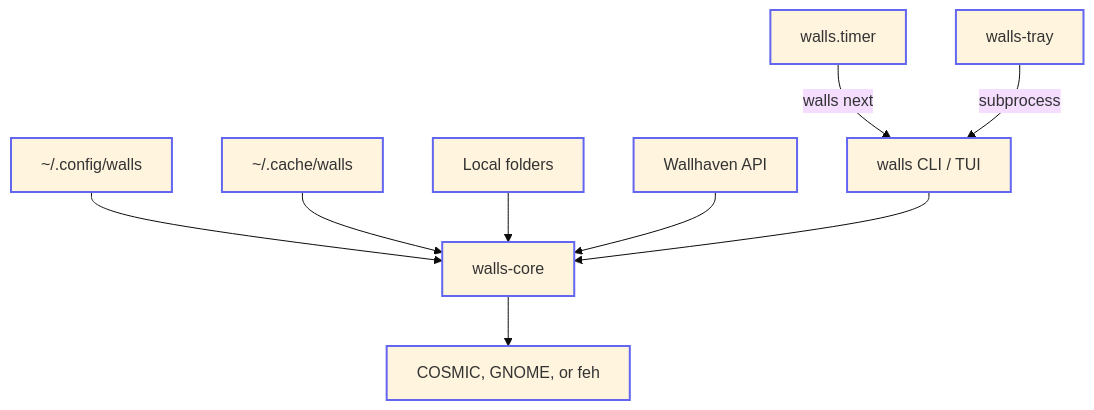
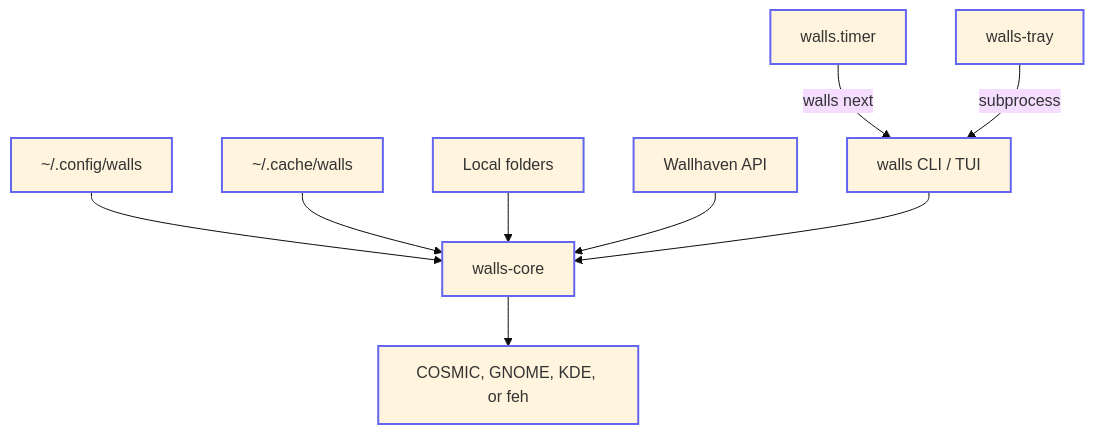
The diagram in README.md (willfish/walls), drawn with Mermaid (base theme) before and after one commit. The commit also changed other lines of this file and 8 other files, not shown here.

First line of the commit message:
feat: add KDE Plasma apply backend (#74)

````diff
--- a/README.md
+++ b/README.md
@@ -50,24 +50,24 @@
 ```mermaid
 flowchart TD
     CONFIG["~/.config/walls"]
     CACHE["~/.cache/walls"]
     LOCAL[Local folders]
     WH[Wallhaven API]
     TIMER[walls.timer]
     TRAY[walls-tray]
     CLI["walls CLI / TUI"]
     CORE[walls-core]
-    APPLY["COSMIC, GNOME, or feh"]
+    APPLY["COSMIC, GNOME, KDE, or feh"]
 
     TIMER -->|walls next| CLI
     TRAY -->|subprocess| CLI
     CONFIG --> CORE
     CACHE --> CORE
     LOCAL --> CORE
     WH --> CORE
     CLI --> CORE
     CORE --> APPLY
 
     classDef box stroke:#6366f1,stroke-width:2px
     class CONFIG,CACHE,LOCAL,WH,TIMER,TRAY,CLI,CORE,APPLY box
 ```
````
